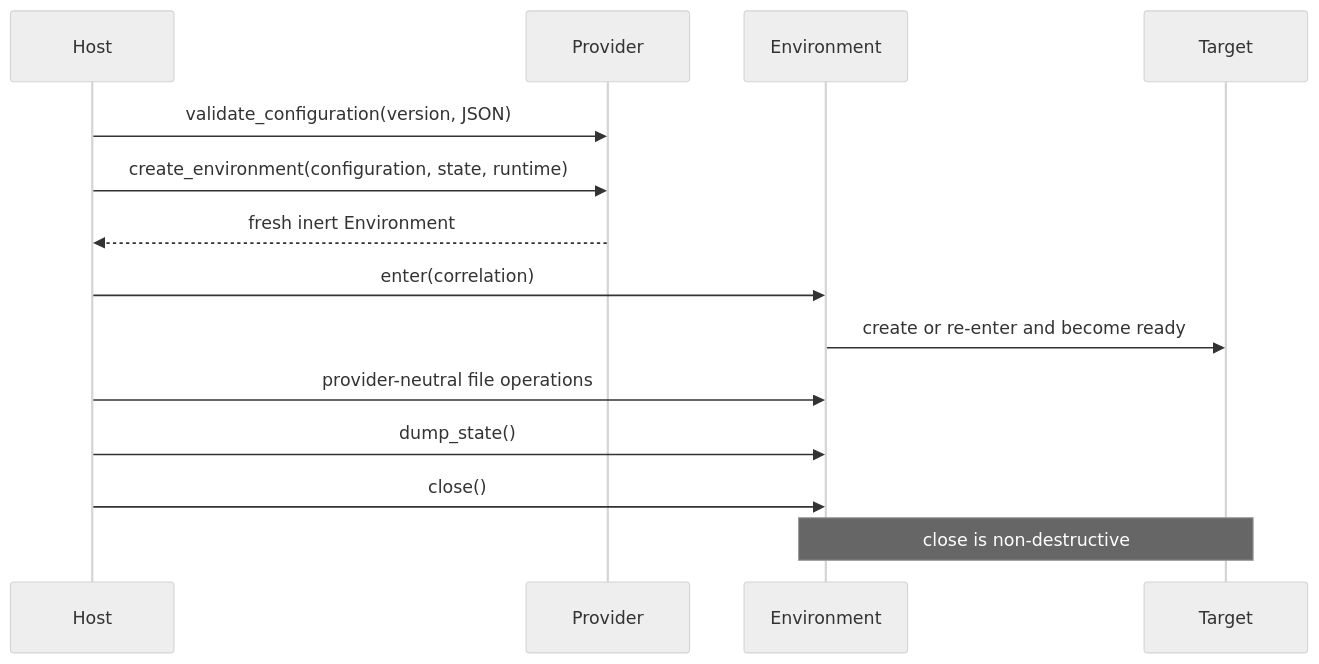
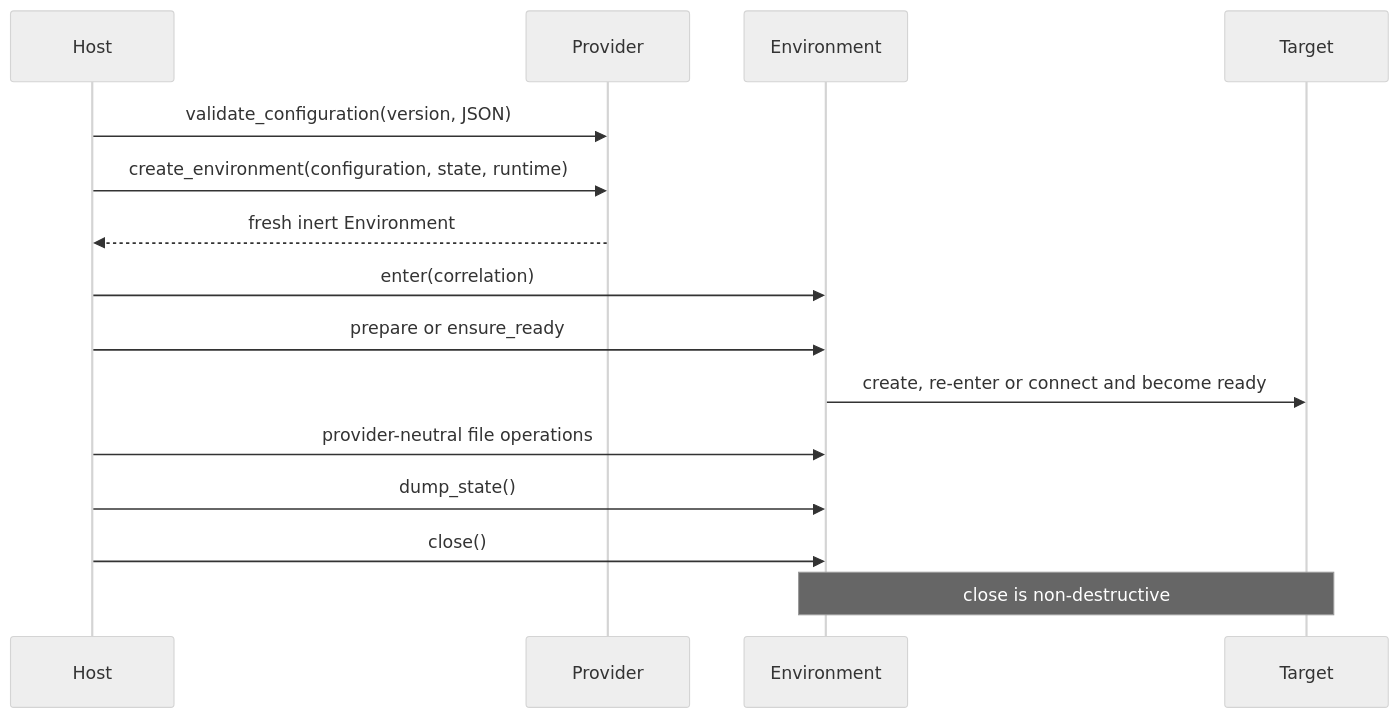
Before and after one commit to LTThreeComma/agent-foundation: the first of 2 diagrams in docs/agent-environment-provider/examples.md, drawn with Mermaid (neutral theme). The commit also changed other lines of this file and 51 other files, not shown here.

First line of the commit message:
feat(environment): complete remote envd providers and host integration (#193)

````diff
--- a/docs/agent-environment-provider/examples.md
+++ b/docs/agent-environment-provider/examples.md
@@ -7,17 +7,18 @@
 ```mermaid
 sequenceDiagram
     participant Host
     participant Provider
     participant Environment
     participant Target
 
     Host->>Provider: validate_configuration(version, JSON)
     Host->>Provider: create_environment(configuration, state, runtime)
     Provider-->>Host: fresh inert Environment
     Host->>Environment: enter(correlation)
-    Environment->>Target: create or re-enter and become ready
+    Host->>Environment: prepare or ensure_ready
+    Environment->>Target: create, re-enter or connect and become ready
     Host->>Environment: provider-neutral file operations
     Host->>Environment: dump_state()
     Host->>Environment: close()
     Note over Environment,Target: close is non-destructive
 ```
````
